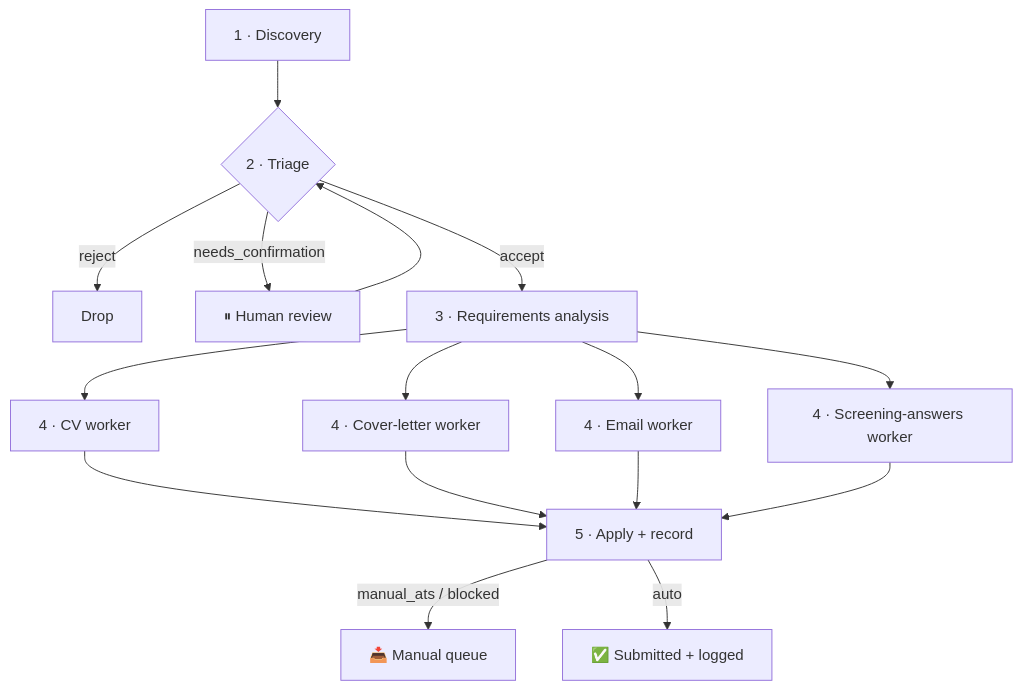
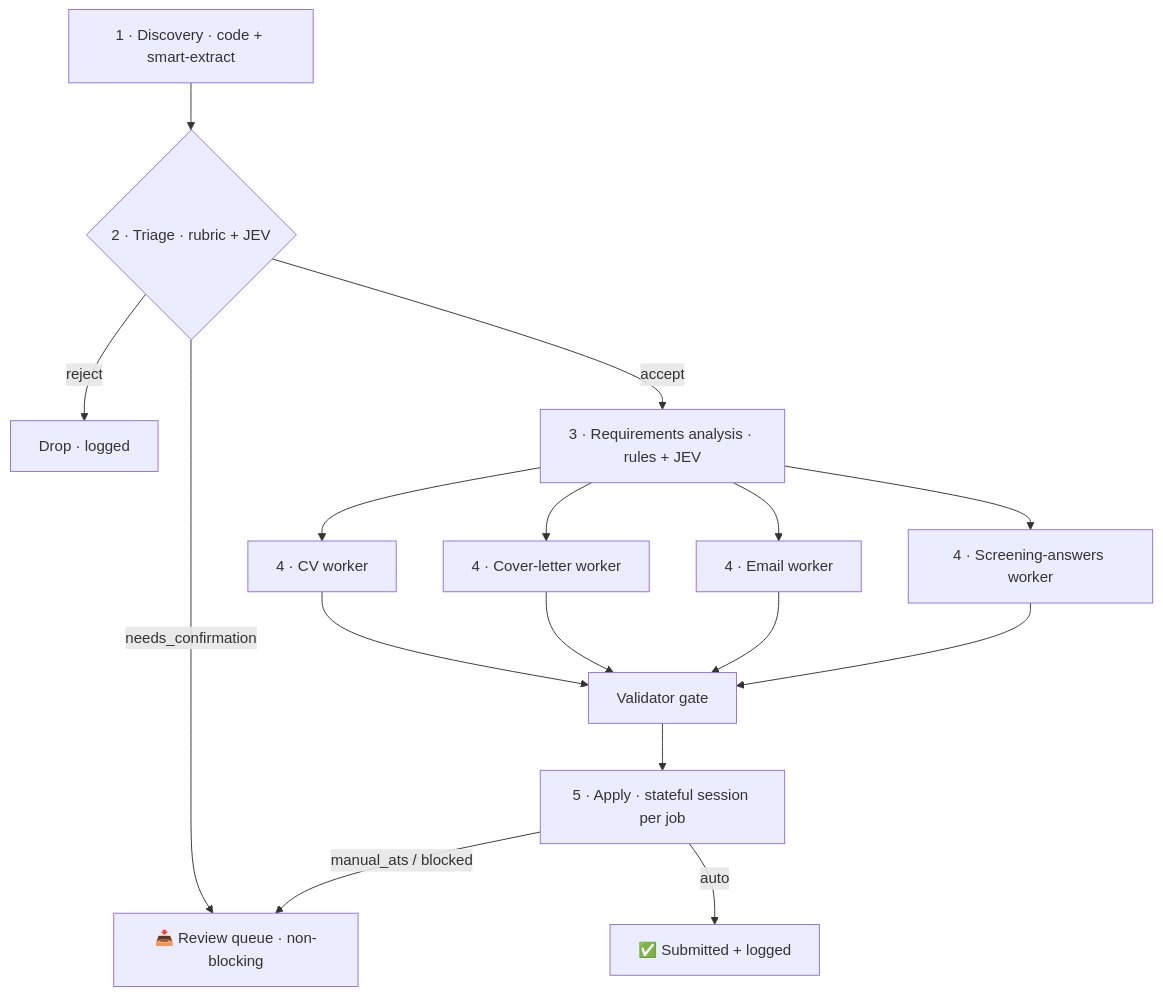
Before and after one commit to manuelAlonsoPerez/JobSearchAgent: the diagram in src/docs/architechture_prompt.md, drawn with Mermaid. The commit also changed other lines of this file and 1 other file, not shown here.

Commit message:
Prompt med final architectire consdered

````diff
--- a/src/docs/architechture_prompt.md
+++ b/src/docs/architechture_prompt.md
@@ -68,15 +124,15 @@
 ```mermaid
 flowchart TD
-    A[1 · Discovery] --> B{2 · Triage}
-    B -->|reject| X[Drop]
-    B -->|needs_confirmation| H[⏸ Human review]
-    H --> B
-    B -->|accept| C[3 · Requirements analysis]
+    A[1 · Discovery · code + smart-extract] --> B{2 · Triage · rubric + JEV}
+    B -->|reject| X[Drop · logged]
+    B -->|needs_confirmation| Q[📥 Review queue · non-blocking]
+    B -->|accept| C[3 · Requirements analysis · rules + JEV]
     C --> D1[4 · CV worker]
     C --> D2[4 · Cover-letter worker]
     C --> D3[4 · Email worker]
     C --> D4[4 · Screening-answers worker]
-    D1 & D2 & D3 & D4 --> E[5 · Apply + record]
-    E -->|manual_ats / blocked| M[📥 Manual queue]
+    D1 & D2 & D3 & D4 --> V[Validator gate]
+    V --> E[5 · Apply · stateful session per job]
+    E -->|manual_ats / blocked| Q
     E -->|auto| S[✅ Submitted + logged]
 ```
````
